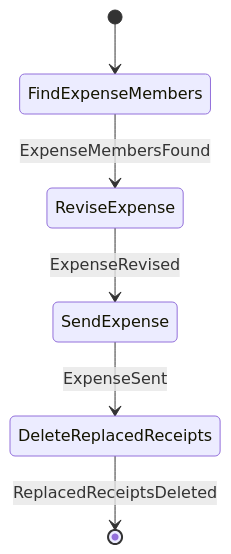
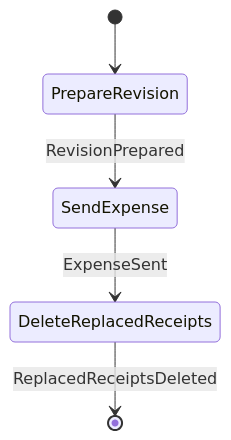
The fourth of 16 diagrams in docs/architecture/workflows/groupstate.md (cbgm/Sparrow), drawn with Mermaid before and after one commit. The commit also changed other lines of this file and 226 other files, not shown here.

````diff
--- a/docs/architecture/workflows/groupstate.md
+++ b/docs/architecture/workflows/groupstate.md
@@ -103,8 +101,7 @@
 ```mermaid
 stateDiagram-v2
-    [*] --> FindExpenseMembers
-    FindExpenseMembers --> ReviseExpense : ExpenseMembersFound
-    ReviseExpense --> SendExpense : ExpenseRevised
+    [*] --> PrepareRevision
+    PrepareRevision --> SendExpense : RevisionPrepared
     SendExpense --> DeleteReplacedReceipts : ExpenseSent
     DeleteReplacedReceipts --> [*] : ReplacedReceiptsDeleted
 ```
````
